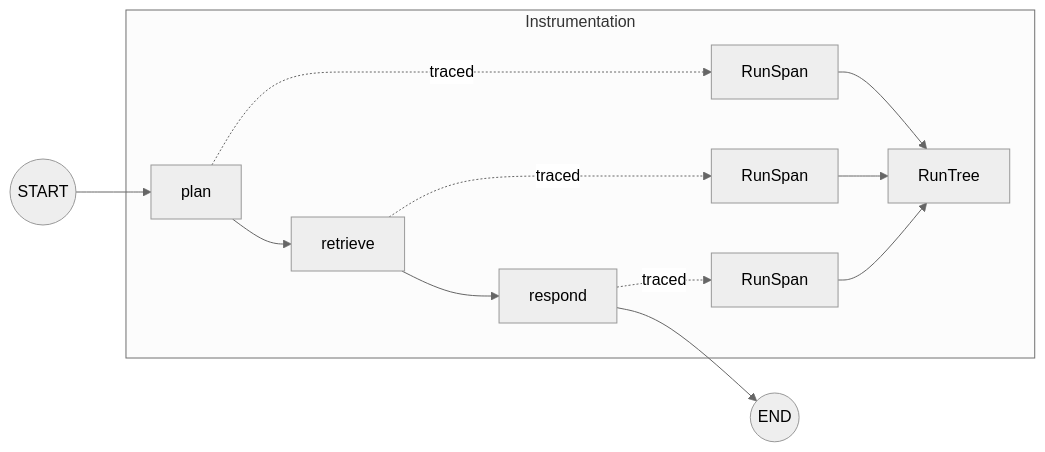
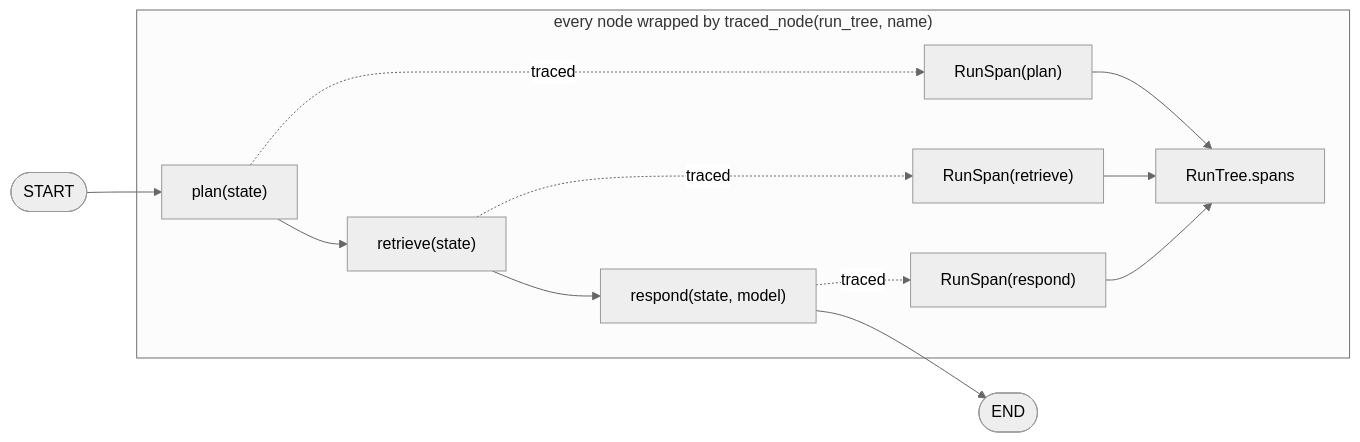
Before and after one commit to xergioalex/agent-lab: the first of 2 diagrams in src/53_observability/README.md, drawn with Mermaid (neutral theme). The commit also changed other lines of this file and 64 other files, not shown here.

First line of the commit message:
docs(docs): premium Mermaid diagram pass on all 64 module READMEs

````diff
--- a/src/53_observability/README.md
+++ b/src/53_observability/README.md
@@ -50,16 +50,16 @@
 ```mermaid
-graph LR
-    START((START)) --> plan[plan]
-    plan --> retrieve[retrieve]
-    retrieve --> respond[respond]
-    respond --> END((END))
+flowchart LR
+    START([START]) --> plan["plan(state)"]
+    plan --> retrieve["retrieve(state)"]
+    retrieve --> respond["respond(state, model)"]
+    respond --> END([END])
 
-    subgraph Instrumentation
-        plan -.traced.-> T1[RunSpan]
-        retrieve -.traced.-> T2[RunSpan]
-        respond -.traced.-> T3[RunSpan]
-        T1 --> RT[RunTree]
+    subgraph Instrumentation["every node wrapped by traced_node(run_tree, name)"]
+        plan -.->|"traced"| T1["RunSpan(plan)"]
+        retrieve -.->|"traced"| T2["RunSpan(retrieve)"]
+        respond -.->|"traced"| T3["RunSpan(respond)"]
+        T1 --> RT["RunTree.spans"]
         T2 --> RT
         T3 --> RT
     end
 ```
````
